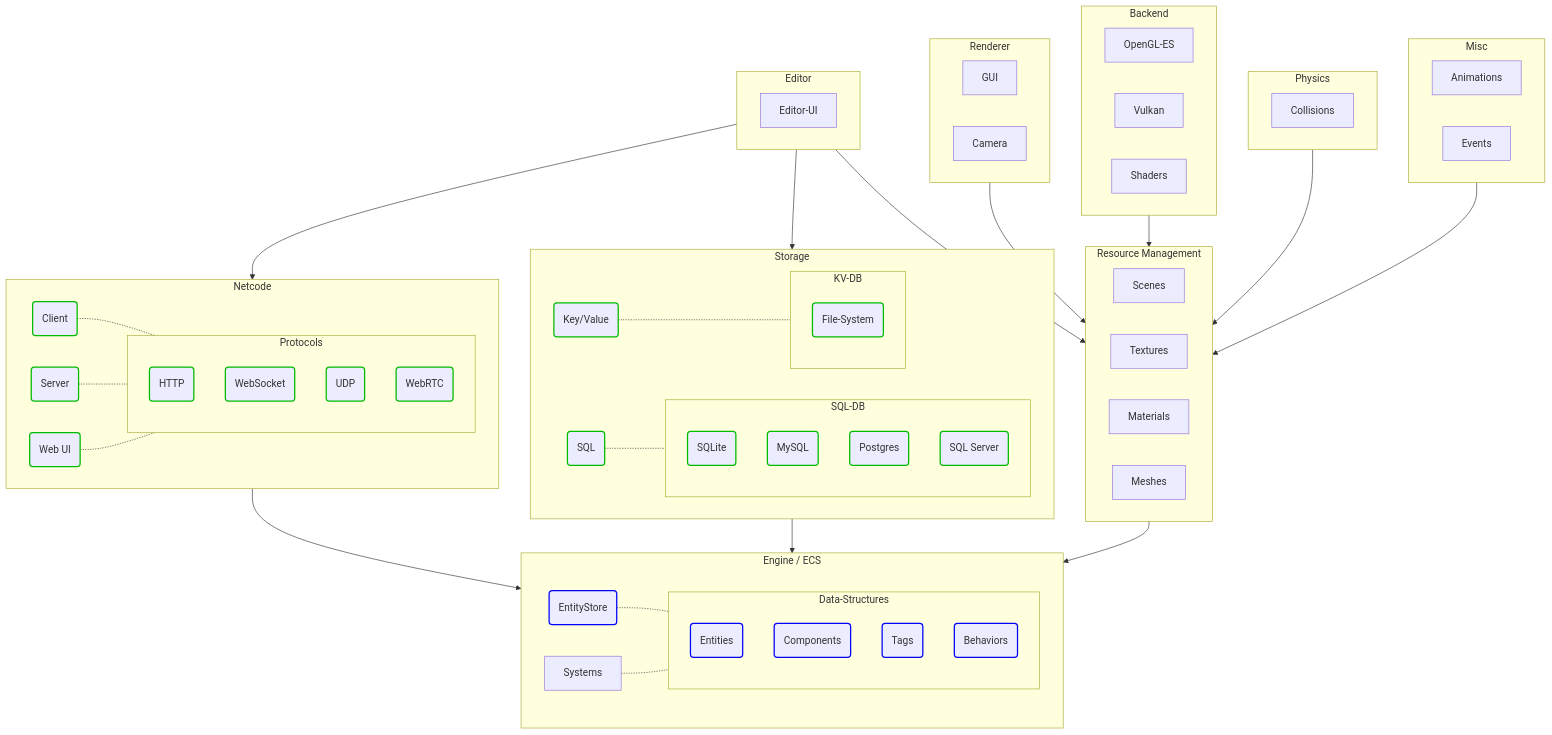
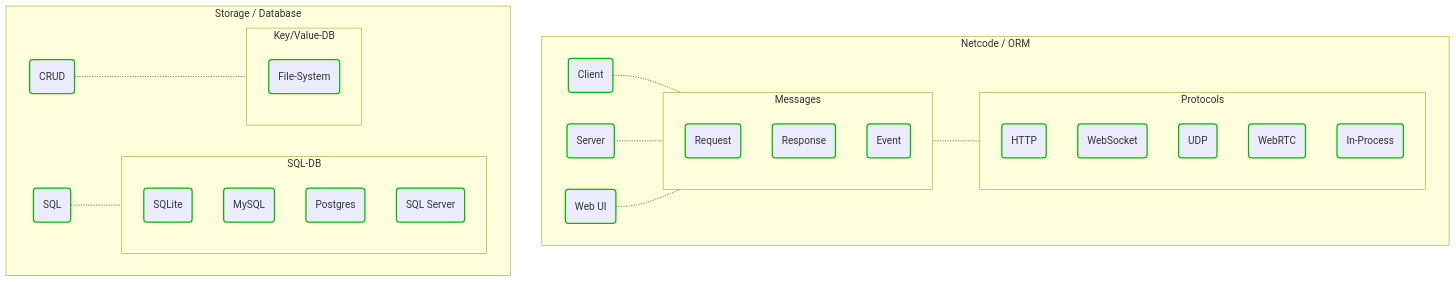
Before and after one commit to friflo/Friflo.Json.Fliox: the second of 3 diagrams in Engine/README.md, drawn with Mermaid.

Commit message:
Engine - update architecture diagram

````diff
--- a/Engine/README.md
+++ b/Engine/README.md
@@ -27,43 +115,22 @@
     classDef finished       stroke:#0b0,stroke-width:2px;
     classDef implemented    stroke:#00f,stroke-width:2px;
 
-    subgraph Editor;
-        Editor-UI;
-    end
 
-    subgraph Renderer;
-        GUI
-        Camera
-    end
-
-    subgraph Backend;
-        OpenGL-ES
-        Vulkan
-        Shaders
-    end
-
-    subgraph Physics;
-        Collisions
-    end
-    
-    subgraph Misc;
-        Animations
-        Events
-    end
-
-
-    subgraph Resource[Resource Management];
-        Scenes
-        Textures
-        Materials
-        Meshes
-        Animations
-    end
-
-    subgraph Netcode;
+    subgraph Netcode[Netcode / ORM];
         Client(Client):::finished
         Server(Server):::finished
         WebUI(Web UI):::finished
+
+        subgraph Messages;
+            direction TB;
+            Request(Request):::finished
+            Response(Response):::finished
+            Event(Event):::finished
+        end
+
+        Client -.- Messages
+        Server -.- Messages
+        WebUI  -.- Messages
 
         subgraph Protocols;
             direction TB;
@@ -71,19 +138,15 @@
             WebSocket(WebSocket):::finished
             UDP(UDP):::finished
             WebRTC(WebRTC):::finished
+            In-Process(In-Process):::finished
         end
 
-        Client -.- Protocols
-        Server -.- Protocols
-        WebUI  -.- Protocols
+        Messages  -.- Protocols
     end
 
-
-
-    subgraph Storage;
+    subgraph Storage[Storage / Database];
         SQL(SQL):::finished
-        Key/Value(Key/Value):::finished
-
+        CRUD(CRUD):::finished
 
         subgraph SQL-DB;
             direction TB;
@@ -93,45 +156,13 @@
             SQL-Server(SQL Server):::finished
         end
 
-        SQL         -.- SQL-DB
-        Key/Value   -.- KV-DB
+        SQL     -.- SQL-DB
+        CRUD    -.- Key/Value-DB
 
-        subgraph KV-DB;
+        subgraph Key/Value-DB;
             direction TB;
             File-System(File-System):::finished
         end
-
     end
-
-
-    subgraph Engine[Engine / ECS];
-        EntityStore(EntityStore):::implemented
-        Systems
-
-        subgraph Data-Structures;
-        direction TB;
-            Entities(Entities):::implemented
-            Components(Components):::implemented
-            Tags(Tags):::implemented
-            Behaviors(Behaviors):::implemented
-        end
-
-
-        EntityStore  -.- Data-Structures
-        Systems      -.- Data-Structures
-    end
-
-    Editor      -->Netcode
-    Editor      -->Storage
-
-    Editor      -->Resource
-    Renderer    -->Resource
-    Backend     -->Resource
-    Physics     -->Resource
-    Misc        -->Resource
-
-    Netcode     -->Engine
-    Storage     -->Engine
-    Resource    -->Engine
-      
+    
 ```
````
